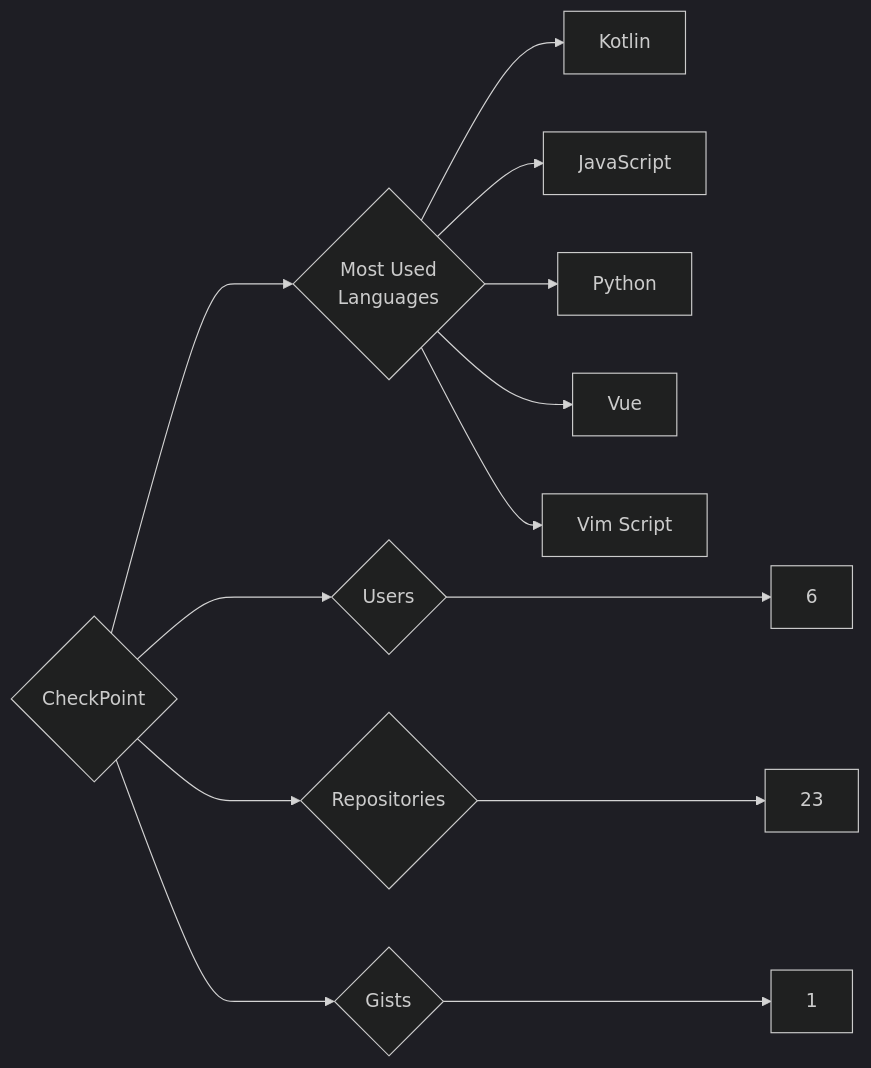
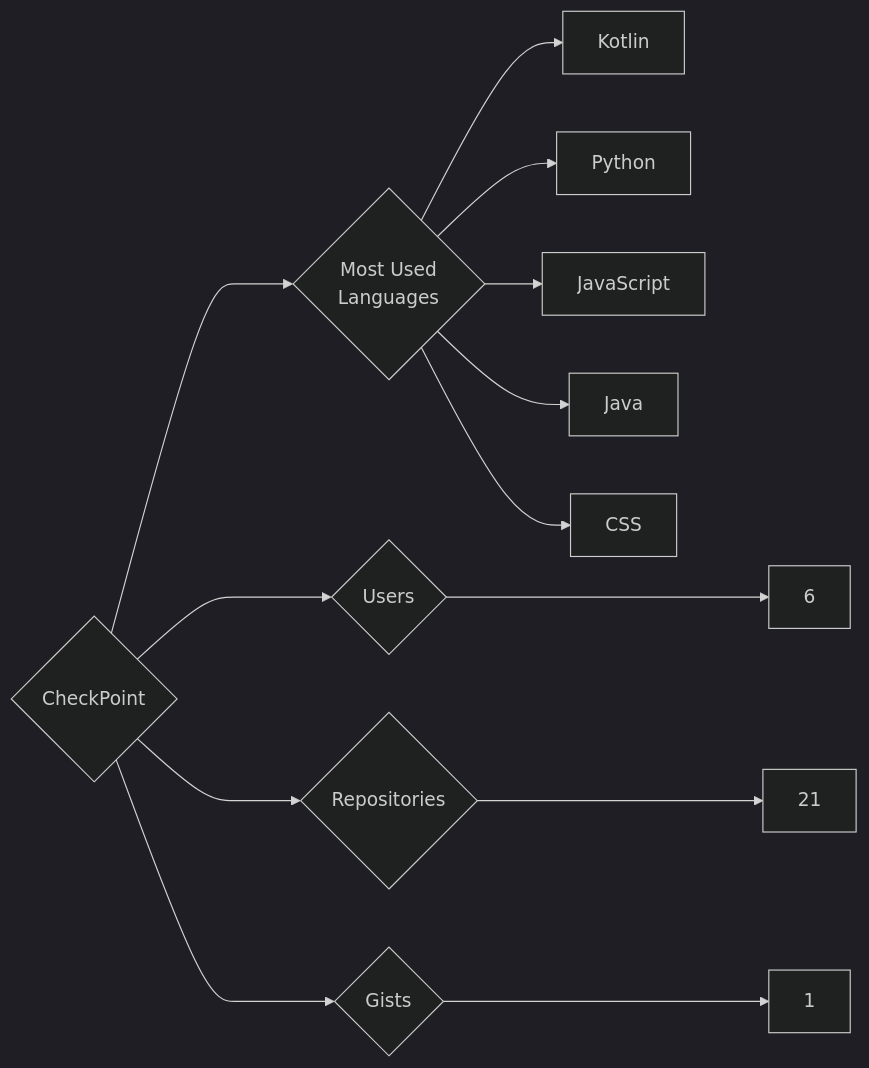
One commit to trickest/insiders changed the diagram in targets/CheckPoint/README.md. Above: the diagram before and after it, drawn with Mermaid (dark theme). The commit also changed 988 other files, not shown here.

````diff
--- a/targets/CheckPoint/README.md
+++ b/targets/CheckPoint/README.md
@@ -3,13 +3,13 @@
 ```mermaid
 graph LR
 COMPANY_NAME{CheckPoint}
 COMPANY_NAME ---> U{Users} ---> UN[6]
-COMPANY_NAME ---> R{Repositories} ---> RN[23]
+COMPANY_NAME ---> R{Repositories} ---> RN[21]
 COMPANY_NAME ---> G{Gists} ---> GN[1]
 COMPANY_NAME ---> ML{Most Used<br>Languages}
 ML --> Kotlin[Kotlin]
+ML --> Python[Python]
 ML --> JavaScript[JavaScript]
-ML --> Python[Python]
-ML --> Vue[Vue]
-ML --> Vim_Script[Vim Script]
+ML --> Java[Java]
+ML --> CSS[CSS]
 ```
````
